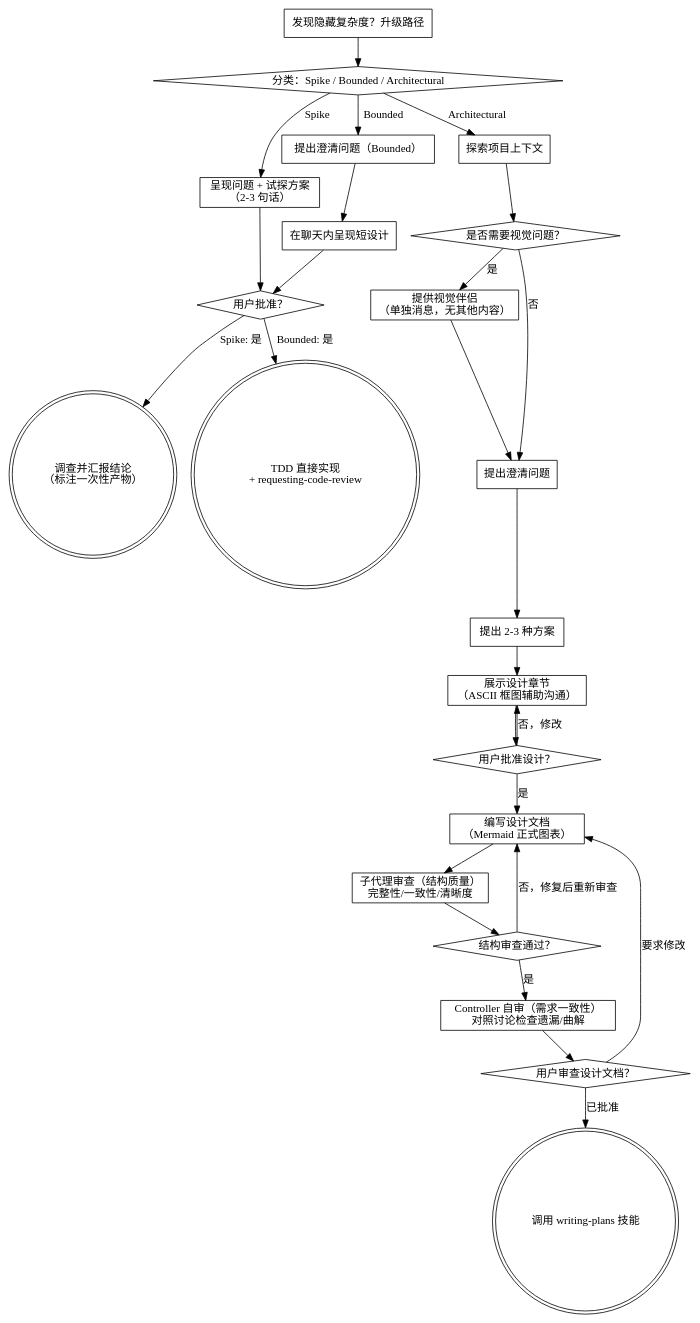
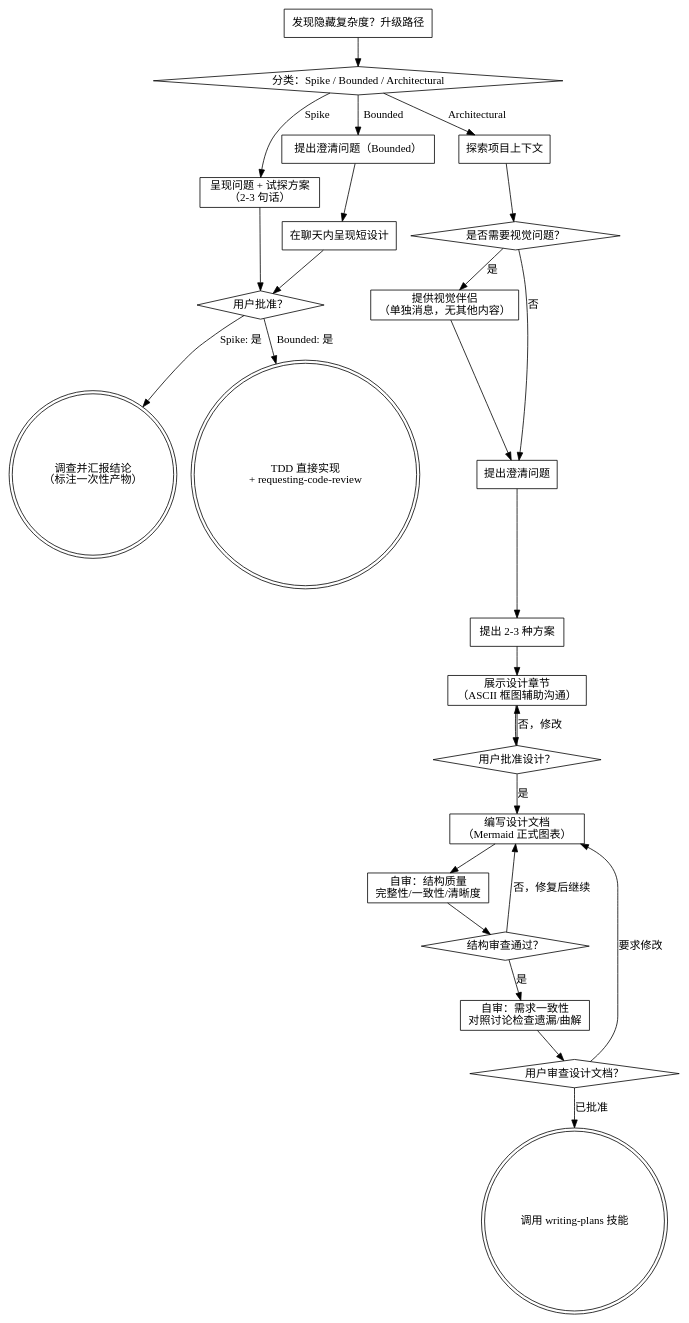
One commit to Geek-Bob/SuperpowersLite changed the first of 2 diagrams in skills/brainstorming/SKILL.md. Above: the diagram before and after it, drawn with Graphviz. The commit also changed other lines of this file and 9 other files, not shown here.

First line of the commit message:
feat: 补齐意图回述与审查员兜底，文档审查改为自审

````diff
--- a/skills/brainstorming/SKILL.md
+++ b/skills/brainstorming/SKILL.md
@@ -100,53 +110,53 @@
 ```dot
 digraph brainstorming {
     "分类：Spike / Bounded / Architectural" [shape=diamond];
     "呈现问题 + 试探方案\n（2-3 句话）" [shape=box];
     "提出澄清问题（Bounded）" [shape=box];
     "在聊天内呈现短设计" [shape=box];
     "用户批准？" [shape=diamond];
     "调查并汇报结论\n（标注一次性产物）" [shape=doublecircle];
     "TDD 直接实现\n+ requesting-code-review" [shape=doublecircle];
     "探索项目上下文" [shape=box];
     "是否需要视觉问题？" [shape=diamond];
     "提供视觉伴侣\n（单独消息，无其他内容）" [shape=box];
     "提出澄清问题" [shape=box];
     "提出 2-3 种方案" [shape=box];
     "展示设计章节\n（ASCII 框图辅助沟通）" [shape=box];
     "用户批准设计？" [shape=diamond];
     "编写设计文档\n（Mermaid 正式图表）" [shape=box];
-    "子代理审查（结构质量）\n完整性/一致性/清晰度" [shape=box];
+    "自审：结构质量\n完整性/一致性/清晰度" [shape=box];
     "结构审查通过？" [shape=diamond];
-    "Controller 自审（需求一致性）\n对照讨论检查遗漏/曲解" [shape=box];
+    "自审：需求一致性\n对照讨论检查遗漏/曲解" [shape=box];
     "用户审查设计文档？" [shape=diamond];
     "调用 writing-plans 技能" [shape=doublecircle];
     "发现隐藏复杂度？升级路径" [shape=box];
 
     "分类：Spike / Bounded / Architectural" -> "呈现问题 + 试探方案\n（2-3 句话）" [label="Spike"];
     "分类：Spike / Bounded / Architectural" -> "提出澄清问题（Bounded）" [label="Bounded"];
     "分类：Spike / Bounded / Architectural" -> "探索项目上下文" [label="Architectural"];
 
     "呈现问题 + 试探方案\n（2-3 句话）" -> "用户批准？";
     "提出澄清问题（Bounded）" -> "在聊天内呈现短设计";
     "在聊天内呈现短设计" -> "用户批准？";
     "用户批准？" -> "调查并汇报结论\n（标注一次性产物）" [label="Spike: 是"];
     "用户批准？" -> "TDD 直接实现\n+ requesting-code-review" [label="Bounded: 是"];
 
     "探索项目上下文" -> "是否需要视觉问题？";
     "是否需要视觉问题？" -> "提供视觉伴侣\n（单独消息，无其他内容）" [label="是"];
     "是否需要视觉问题？" -> "提出澄清问题" [label="否"];
     "提供视觉伴侣\n（单独消息，无其他内容）" -> "提出澄清问题";
     "提出澄清问题" -> "提出 2-3 种方案";
     "提出 2-3 种方案" -> "展示设计章节\n（ASCII 框图辅助沟通）";
     "展示设计章节\n（ASCII 框图辅助沟通）" -> "用户批准设计？";
     "用户批准设计？" -> "展示设计章节\n（ASCII 框图辅助沟通）" [label="否，修改"];
     "用户批准设计？" -> "编写设计文档\n（Mermaid 正式图表）" [label="是"];
-    "编写设计文档\n（Mermaid 正式图表）" -> "子代理审查（结构质量）\n完整性/一致性/清晰度";
-    "子代理审查（结构质量）\n完整性/一致性/清晰度" -> "结构审查通过？";
-    "结构审查通过？" -> "Controller 自审（需求一致性）\n对照讨论检查遗漏/曲解" [label="是"];
-    "结构审查通过？" -> "编写设计文档\n（Mermaid 正式图表）" [label="否，修复后重新审查"];
-    "Controller 自审（需求一致性）\n对照讨论检查遗漏/曲解" -> "用户审查设计文档？";
+    "编写设计文档\n（Mermaid 正式图表）" -> "自审：结构质量\n完整性/一致性/清晰度";
+    "自审：结构质量\n完整性/一致性/清晰度" -> "结构审查通过？";
+    "结构审查通过？" -> "自审：需求一致性\n对照讨论检查遗漏/曲解" [label="是"];
+    "结构审查通过？" -> "编写设计文档\n（Mermaid 正式图表）" [label="否，修复后继续"];
+    "自审：需求一致性\n对照讨论检查遗漏/曲解" -> "用户审查设计文档？";
     "用户审查设计文档？" -> "编写设计文档\n（Mermaid 正式图表）" [label="要求修改"];
     "用户审查设计文档？" -> "调用 writing-plans 技能" [label="已批准"];
     "发现隐藏复杂度？升级路径" -> "分类：Spike / Bounded / Architectural";
 }
 ```
````
